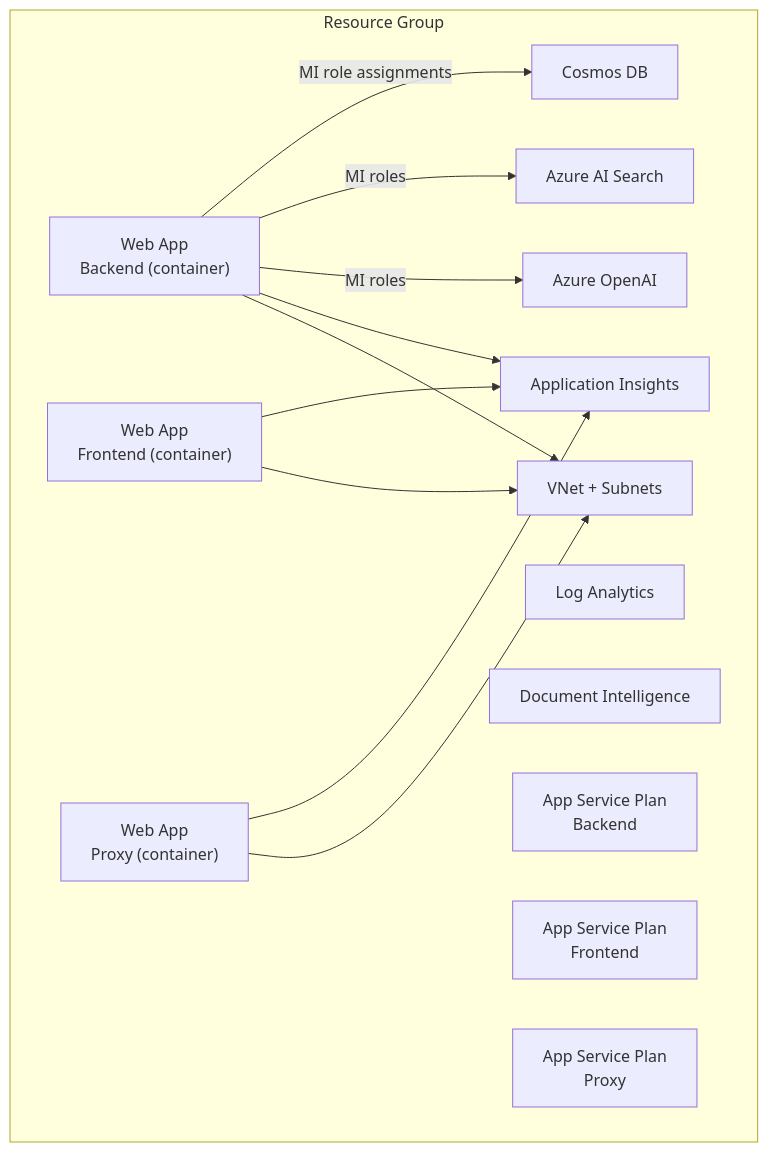
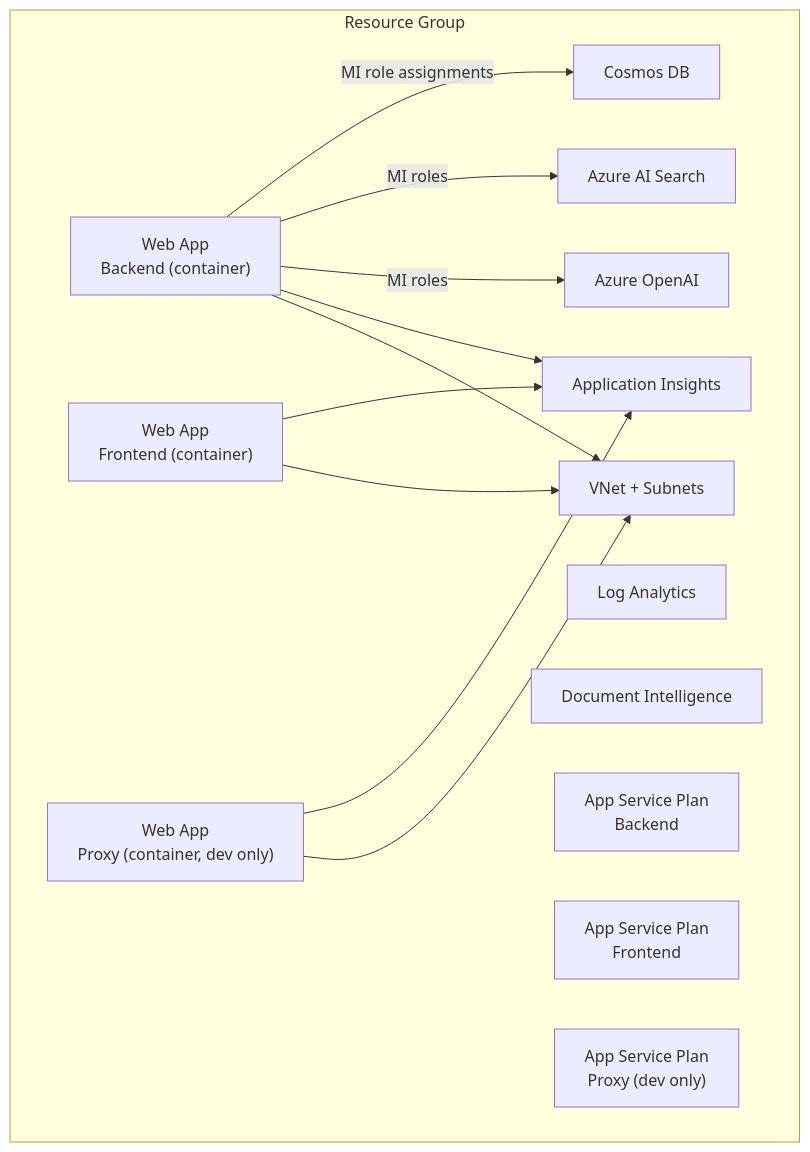
Before and after one commit to bcgov/azure-ai-poc: the seventh of 7 diagrams in docs/ARCHITECTURE_DEMO.md, drawn with Mermaid. The commit also changed other lines of this file, not shown here.

Commit message:
updated docs to reflect that caddy proxy is dev only

````diff
--- a/docs/ARCHITECTURE_DEMO.md
+++ b/docs/ARCHITECTURE_DEMO.md
@@ -267,34 +273,34 @@
 ```mermaid
 flowchart TB
   subgraph RG[Resource Group]
     VNET["VNet + Subnets"]
     LA["Log Analytics"]
     AI["Application Insights"]
 
     COS["Cosmos DB"]
     SRCH["Azure AI Search"]
     OAI["Azure OpenAI"]
     DI["Document Intelligence"]
 
     ASP1["App Service Plan<br/>Backend"]
     APP1["Web App<br/>Backend (container)"]
 
     ASP2["App Service Plan<br/>Frontend"]
     APP2["Web App<br/>Frontend (container)"]
 
-    ASP3["App Service Plan<br/>Proxy"]
-    APP3["Web App<br/>Proxy (container)"]
+    ASP3["App Service Plan<br/>Proxy (dev only)"]
+    APP3["Web App<br/>Proxy (container, dev only)"]
   end
 
   APP1 -->|MI role assignments| COS
   APP1 -->|MI roles| SRCH
   APP1 -->|MI roles| OAI
 
   APP1 --> AI
   APP2 --> AI
   APP3 --> AI
 
   APP1 --> VNET
   APP2 --> VNET
   APP3 --> VNET
 ```
````
